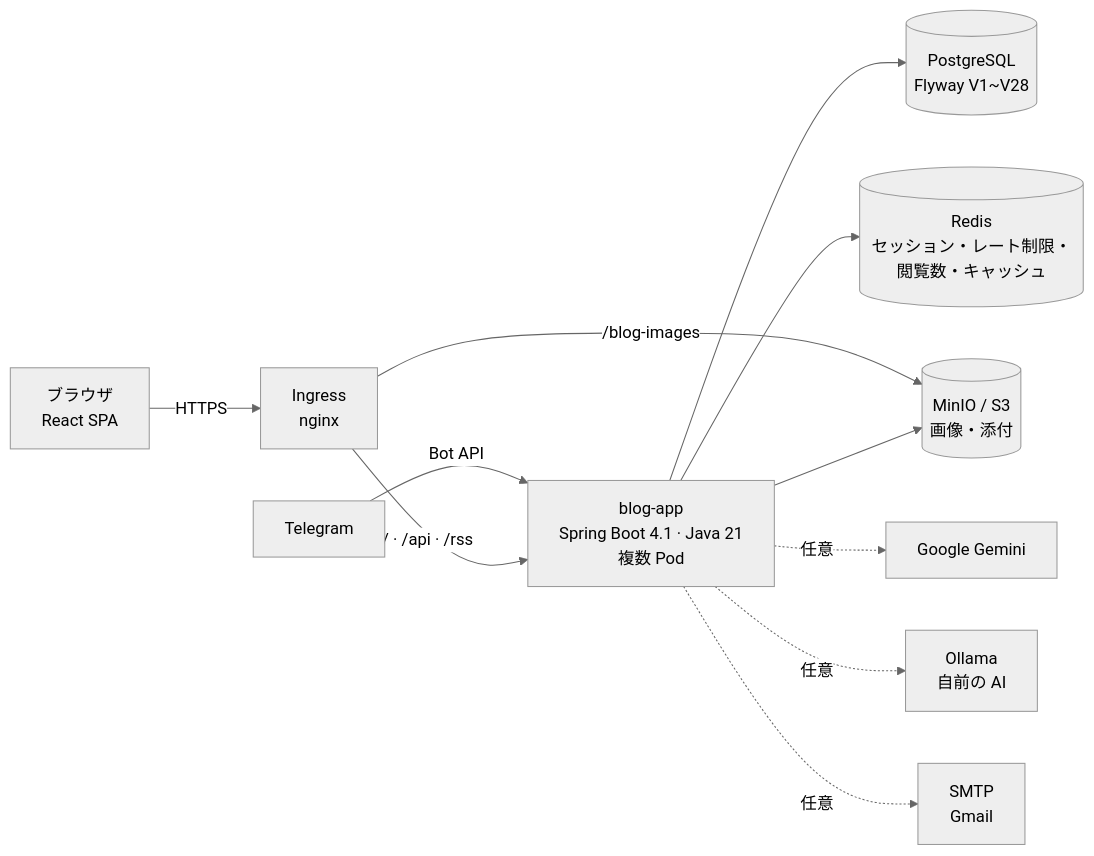
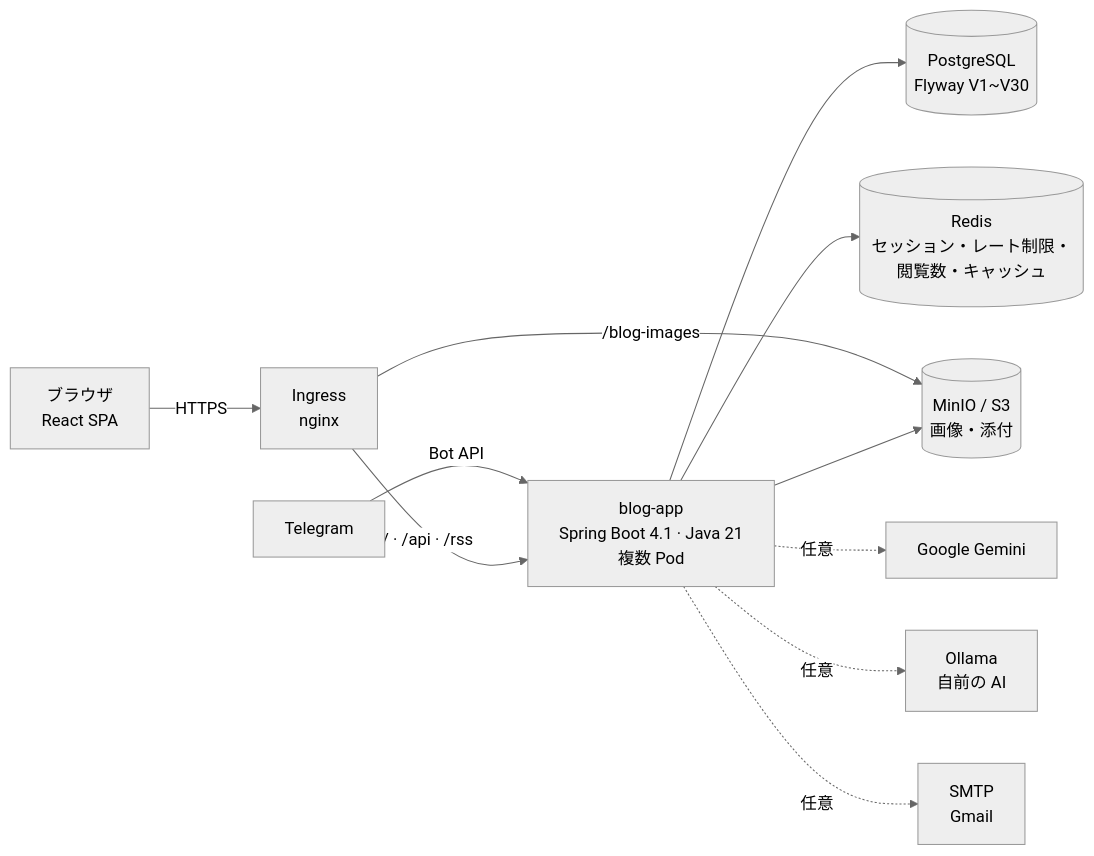
One commit to AIGJ-01-002-blog/Devlog changed the first of 3 diagrams in README.ja.md. Above: the diagram before and after it, drawn with Mermaid (neutral theme). The commit also changed other lines of this file and 3 other files, not shown here.

````diff
--- a/README.ja.md
+++ b/README.ja.md
@@ -151,13 +151,13 @@
 ```mermaid
 flowchart LR
     B[ブラウザ<br/>React SPA] -->|HTTPS| I[Ingress<br/>nginx]
     T[Telegram] -->|Bot API| A
     I -->|/ · /api · /rss| A[blog-app<br/>Spring Boot 4.1 · Java 21<br/>複数 Pod]
     I -->|/blog-images| M[(MinIO / S3<br/>画像・添付)]
-    A --> P[(PostgreSQL<br/>Flyway V1~V28)]
+    A --> P[(PostgreSQL<br/>Flyway V1~V30)]
     A --> R[(Redis<br/>セッション・レート制限・閲覧数・キャッシュ)]
     A --> M
     A -.任意.-> G[Google Gemini]
     A -.任意.-> O[Ollama<br/>自前の AI]
     A -.任意.-> S[SMTP<br/>Gmail]
 ```
````
